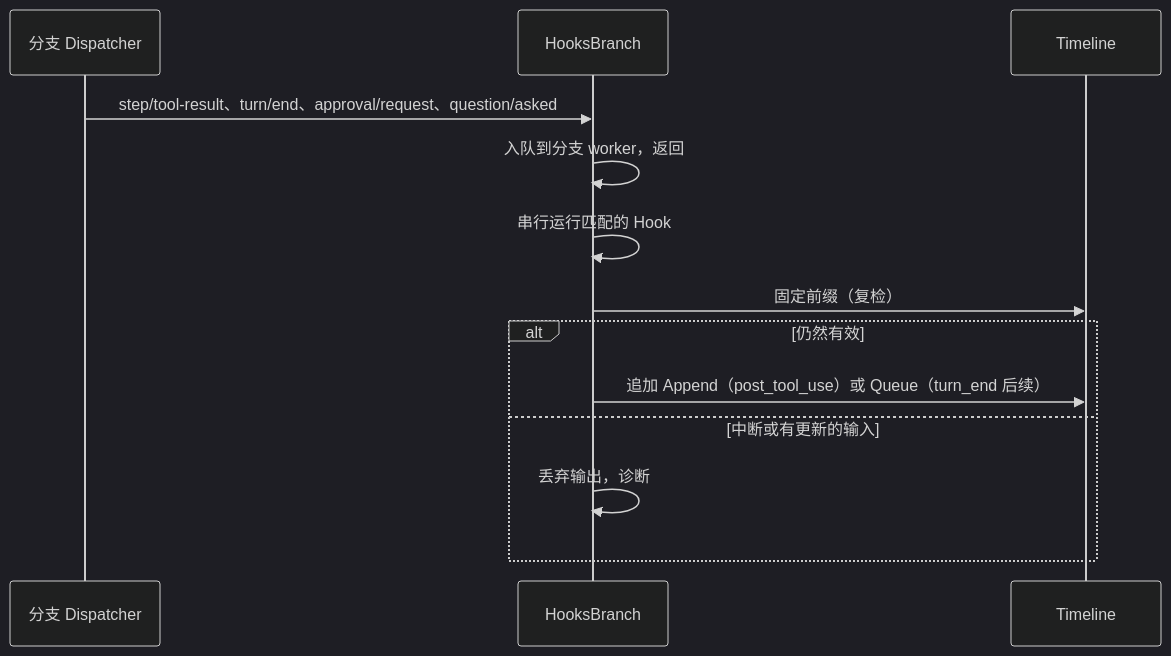
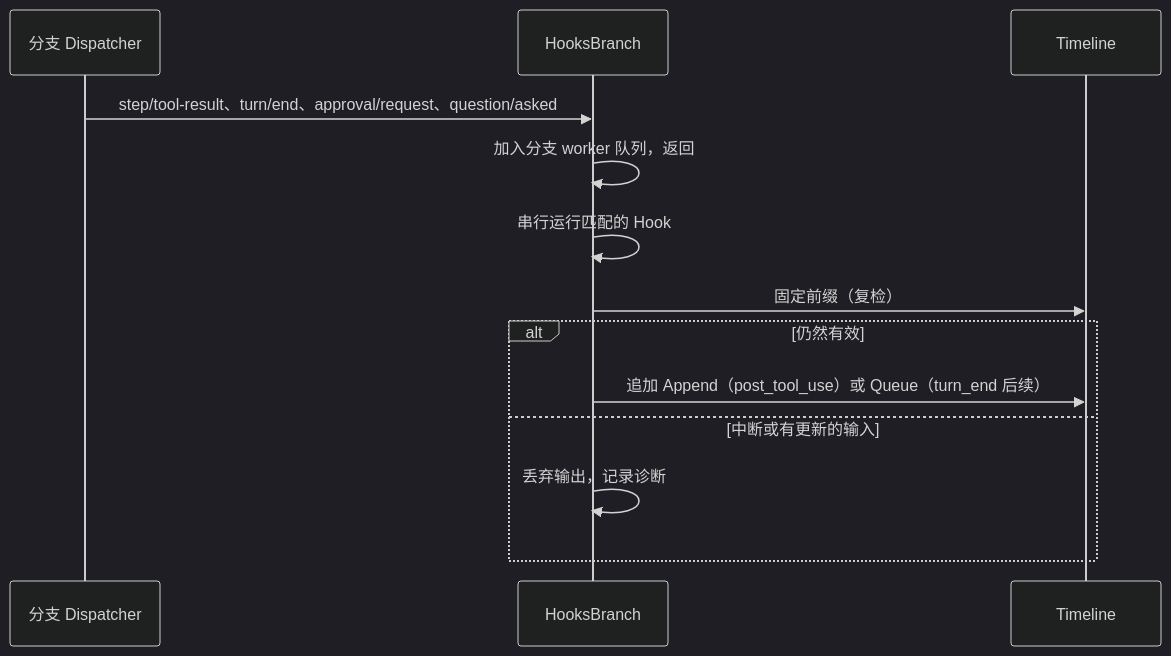
One commit to CoutinhoTTS/dim-agent changed the sixth of 7 diagrams in docs/zh/design/plugins/Hooks.md. Above: the diagram before and after it, drawn with Mermaid (dark theme). The commit also changed other lines of this file and 18 other files, not shown here.

````diff
--- a/docs/zh/design/plugins/Hooks.md
+++ b/docs/zh/design/plugins/Hooks.md
@@ -142,15 +148,15 @@
 ```mermaid
 sequenceDiagram
   participant DP as 分支 Dispatcher
   participant HB as HooksBranch
   participant TL as Timeline
   DP->>HB: step/tool-result、turn/end、approval/request、question/asked
-  HB->>HB: 入队到分支 worker，返回
+  HB->>HB: 加入分支 worker 队列，返回
   HB->>HB: 串行运行匹配的 Hook
   HB->>TL: 固定前缀（复检）
   alt 仍然有效
     HB->>TL: 追加 Append（post_tool_use）或 Queue（turn_end 后续）
   else 中断或有更新的输入
-    HB->>HB: 丢弃输出，诊断
+    HB->>HB: 丢弃输出，记录诊断
   end
 ```
````
